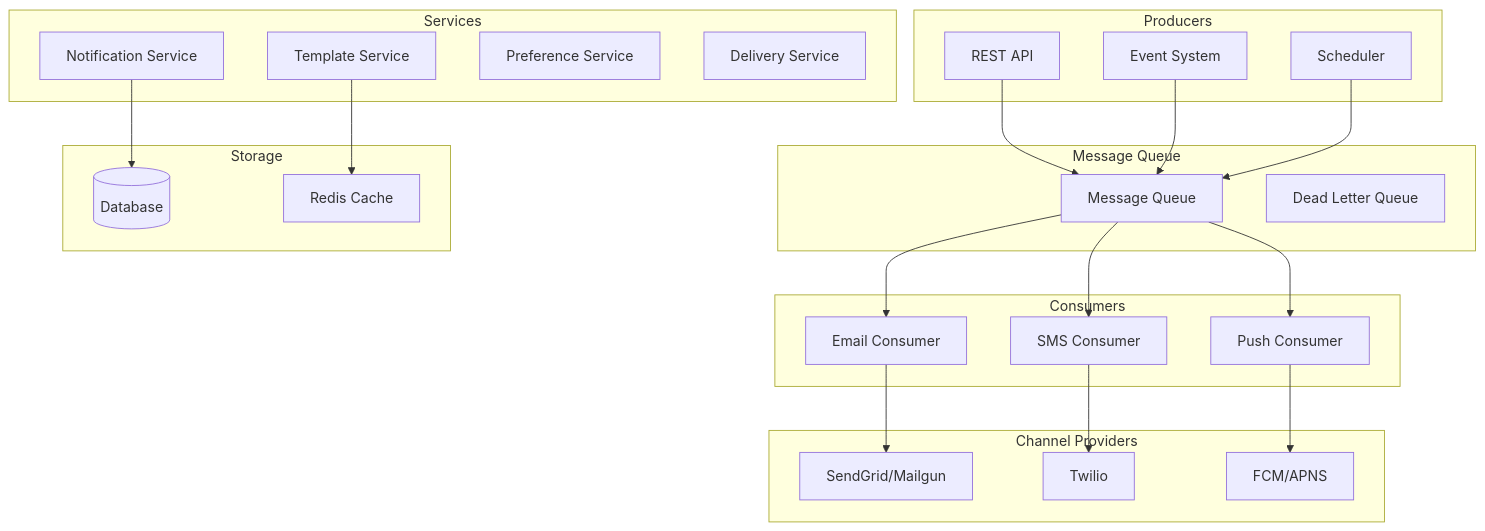
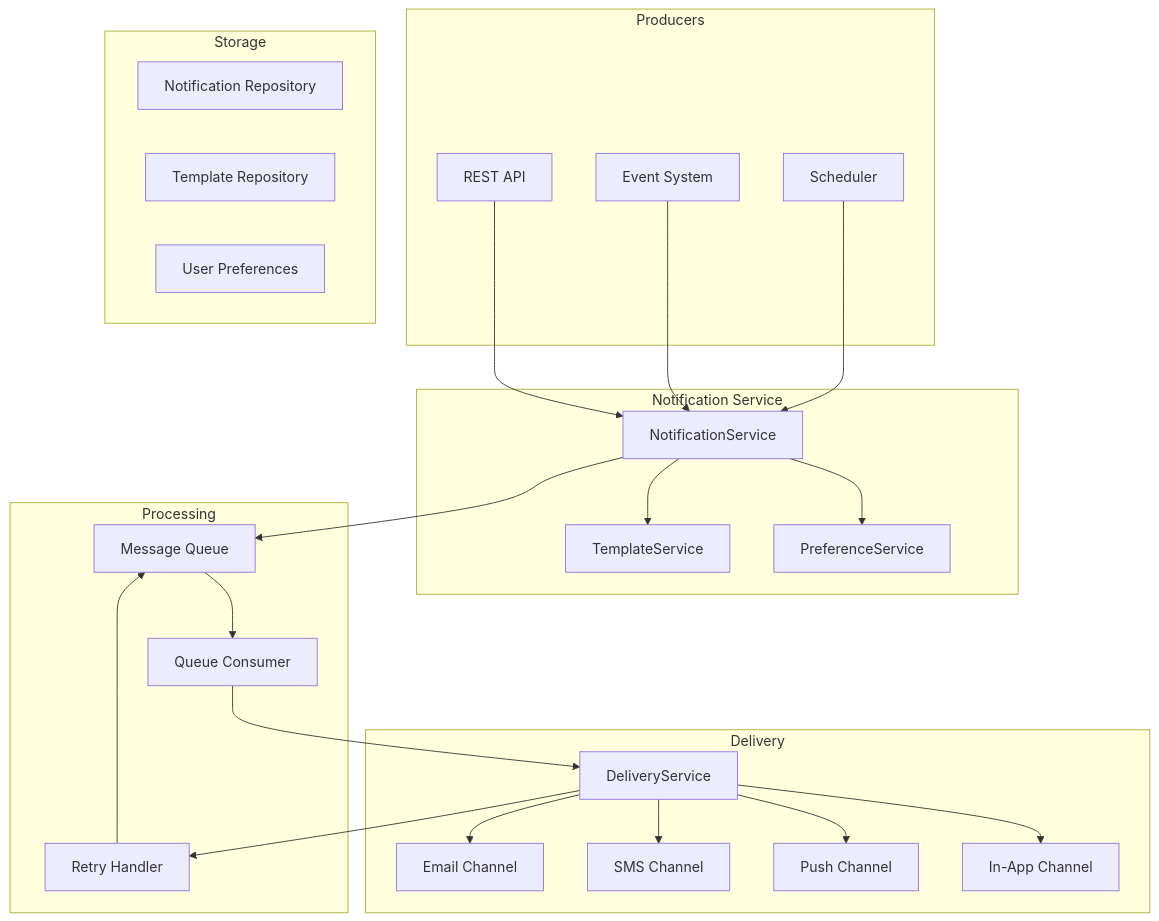
The first of 2 diagrams in 01-programming-languages/Java/02-oop/33-mini-projects/enterprise/notification-service/README.md (javaengineeringacademy/java-engineering-academy), drawn with Mermaid before and after one commit. The commit also changed other lines of this file and 48 other files, not shown here.

First line of the commit message:
fix: final polish for 10/10 - split long READMEs, fix duplicates, add diagrams

````diff
--- a/01-programming-languages/Java/02-oop/33-mini-projects/enterprise/notification-service/README.md
+++ b/01-programming-languages/Java/02-oop/33-mini-projects/enterprise/notification-service/README.md
@@ -46,49 +46,49 @@
 ```mermaid
 graph TB
     subgraph Producers
         API[REST API]
         Event[Event System]
         Scheduler[Scheduler]
     end
     
-    subgraph Message Queue
-        Queue[Message Queue]
-        DLQ[Dead Letter Queue]
+    subgraph Notification Service
+        NS[NotificationService]
+        TS[TemplateService]
+        PS[PreferenceService]
     end
     
-    subgraph Consumers
-        EC[Email Consumer]
-        SC[SMS Consumer]
-        PC[Push Consumer]
+    subgraph Processing
+        Queue[Message Queue]
+        Consumer[Queue Consumer]
+        RetryHandler[Retry Handler]
     end
     
-    subgraph Services
-        NS[Notification Service]
-        TS[Template Service]
-        PS[Preference Service]
-        DS[Delivery Service]
-    end
-    
-    subgraph Channel Providers
-        EmailProvider[SendGrid/Mailgun]
-        SMSProvider[Twilio]
-        PushProvider[FCM/APNS]
+    subgraph Delivery
+        DS[DeliveryService]
+        Email[Email Channel]
+        SMS[SMS Channel]
+        Push[Push Channel]
+        InApp[In-App Channel]
     end
     
     subgraph Storage
-        DB[(Database)]
-        Cache[Redis Cache]
+        NR[Notification Repository]
+        TR[Template Repository]
+        UR[User Preferences]
     end
     
-    API --> Queue
-    Event --> Queue
-    Scheduler --> Queue
-    Queue --> EC
-    Queue --> SC
-    Queue --> PC
-    EC --> EmailProvider
-    SC --> SMSProvider
-    PC --> PushProvider
-    NS --> DB
-    TS --> Cache
+    API --> NS
+    Event --> NS
+    Scheduler --> NS
+    NS --> TS
+    NS --> PS
+    NS --> Queue
+    Queue --> Consumer
+    Consumer --> DS
+    DS --> Email
+    DS --> SMS
+    DS --> Push
+    DS --> InApp
+    DS --> RetryHandler
+    RetryHandler --> Queue
 ```
````
